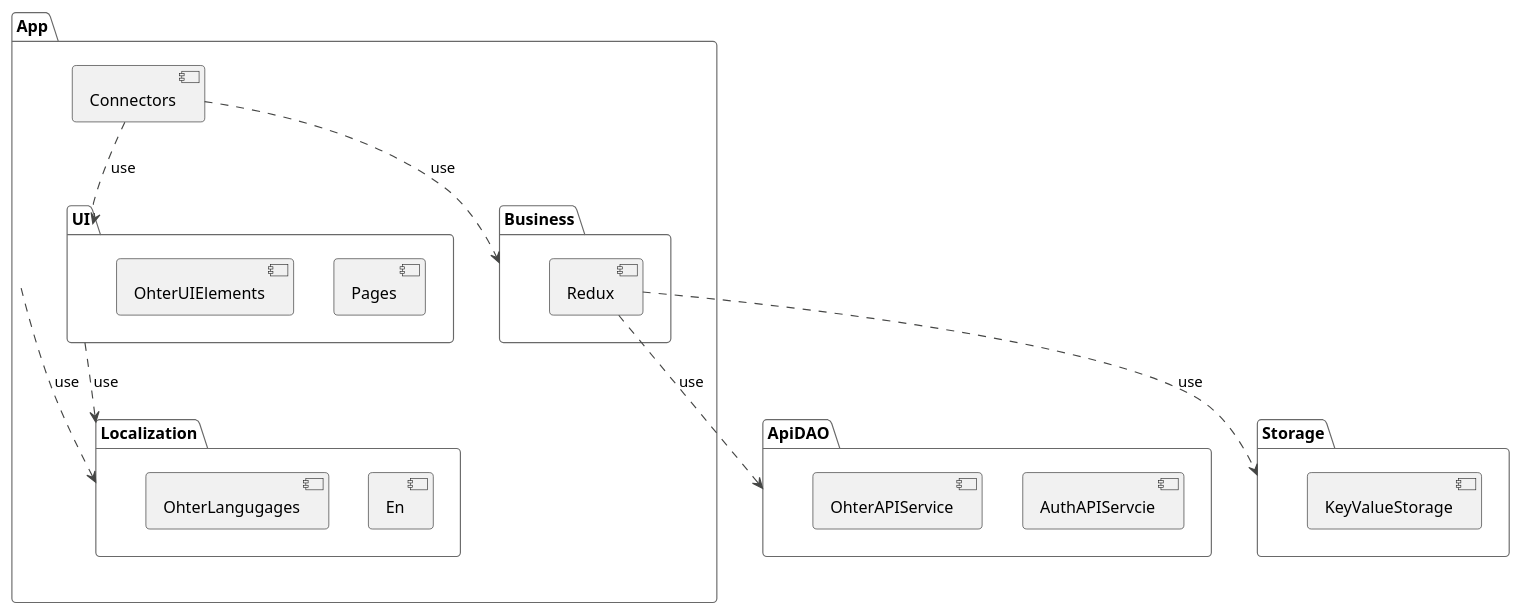
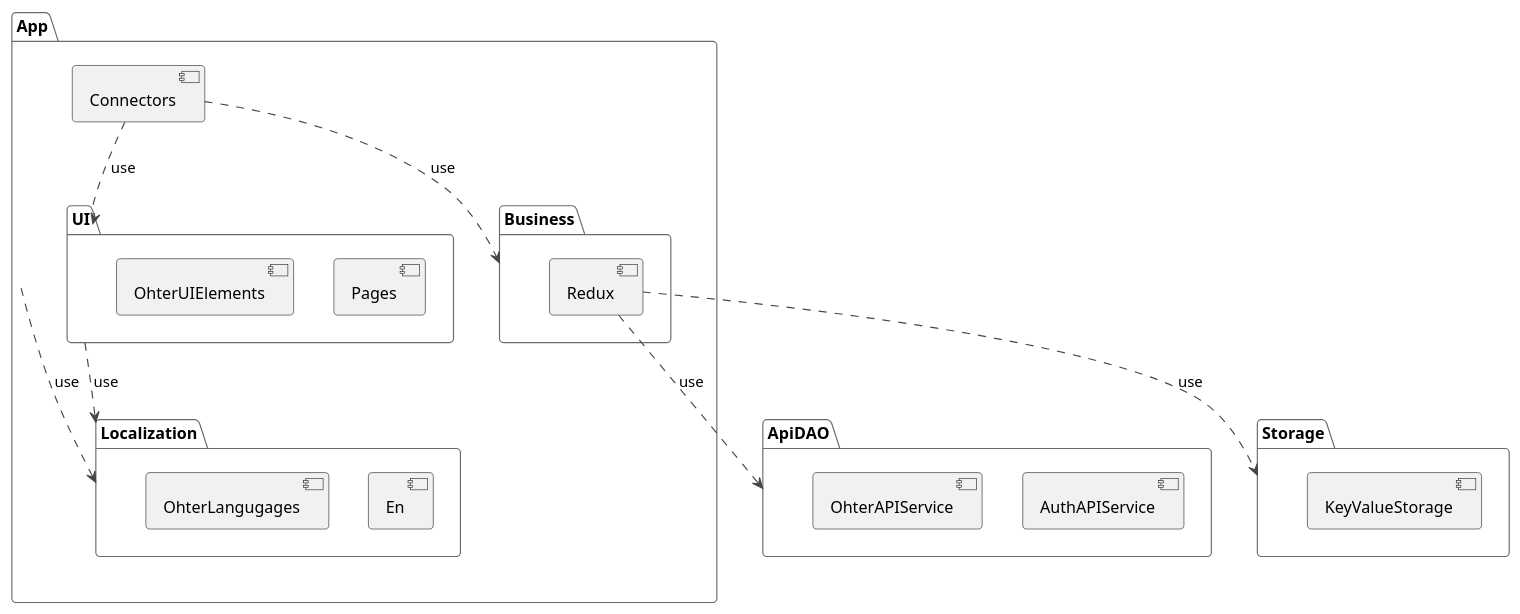
The diagram in doc/modules.pu (pro100andrey/flutter_redux_templates), drawn with PlantUML before and after one commit. The commit also changed 44 other files, not shown here.

```diff
--- a/doc/modules.pu
+++ b/doc/modules.pu
@@ -1,37 +1,37 @@
 @startuml "modules"
 !theme vibrant
 
 package "App" {
     [Connectors]
     Connectors ..> Business: use
     Connectors ..> UI: use
     App ..> Localization: use
 }
 
 package "UI" {
     UI ..> Localization: use
     [Pages]
     [OhterUIElements]
 }
 
 package "Localization" {
     [En]
     [OhterLangugages]
 }
 
 package "ApiDAO" {
-    [AuthAPIServcie]
+    [AuthAPIService]
     [OhterAPIService]
 }
 
 package "Storage" {
     [KeyValueStorage]
 }
 
 package "Business" {
     [Redux]
     Redux ..> Storage: use
     Redux ..> ApiDAO: use
 }
 
 @enduml
```
